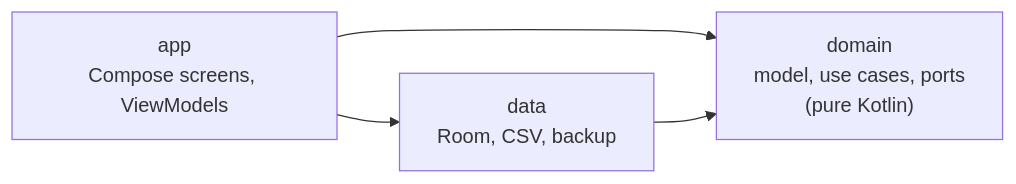
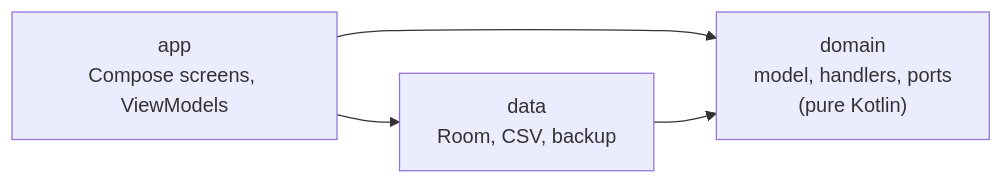
The first of 2 diagrams in docs/dev/architecture.md (mannetje/health_journal), drawn with Mermaid before and after one commit. The commit also changed other lines of this file and 214 other files, not shown here.

First line of the commit message:
refactor: segregated ports, command dispatcher, typed domain errors and bounded contexts

````diff
--- a/docs/dev/architecture.md
+++ b/docs/dev/architecture.md
@@ -11,7 +11,7 @@
 ```mermaid
 flowchart LR
     APP["app<br/>Compose screens, ViewModels"] --> DOMAIN
     DATA["data<br/>Room, CSV, backup"] --> DOMAIN
     APP --> DATA
-    DOMAIN["domain<br/>model, use cases, ports<br/>(pure Kotlin)"]
+    DOMAIN["domain<br/>model, handlers, ports<br/>(pure Kotlin)"]
 ```
````
